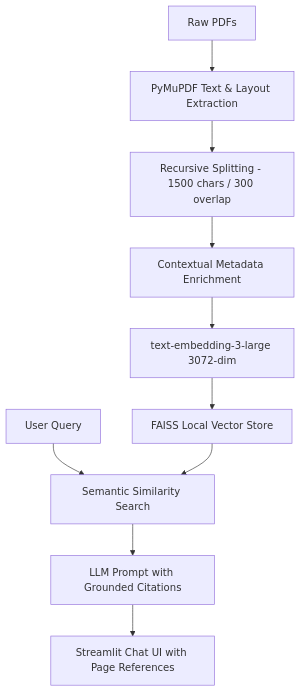
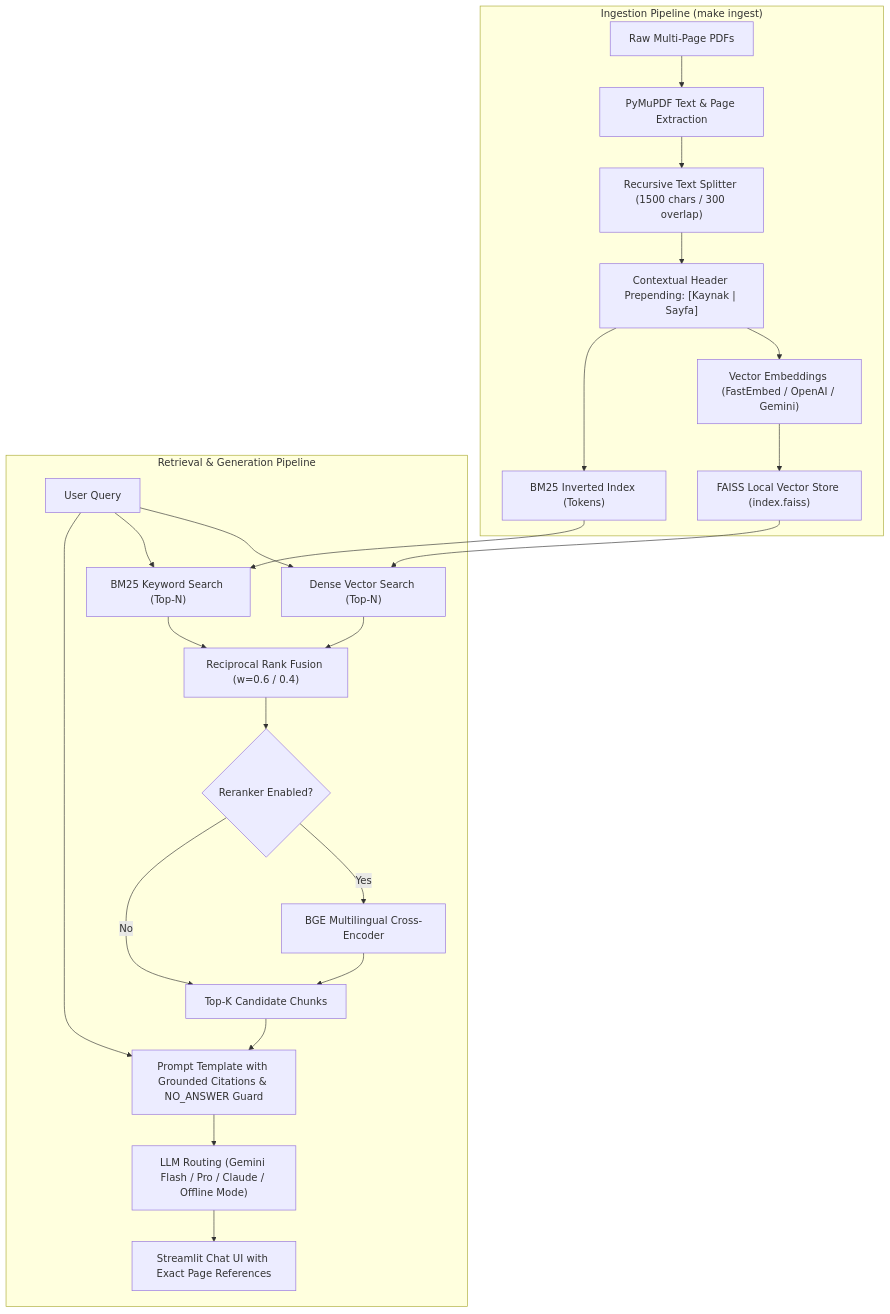
One commit to mmkaya-ui/kulliyatai changed the diagram in README.md. Above: the diagram before and after it, drawn with Mermaid. The commit also changed other lines of this file and 8 other files, not shown here.

First line of the commit message:
feat(ci): add pytest test suite, github actions workflow, and architectural docs

````diff
--- a/README.md
+++ b/README.md
@@ -19,12 +20,28 @@
 ```mermaid
 flowchart TD
-    A[Raw PDFs] --> B[PyMuPDF Text & Layout Extraction]
-    B --> C[Recursive Splitting - 1500 chars / 300 overlap]
-    C --> D[Contextual Metadata Enrichment]
-    D --> E[text-embedding-3-large 3072-dim]
-    E --> F[FAISS Local Vector Store]
-    G[User Query] --> H[Semantic Similarity Search]
-    F --> H
-    H --> I[LLM Prompt with Grounded Citations]
-    I --> J[Streamlit Chat UI with Page References]
+    subgraph Ingestion["Ingestion Pipeline (make ingest)"]
+        A[Raw Multi-Page PDFs] --> B[PyMuPDF Text & Page Extraction]
+        B --> C["Recursive Text Splitter (1500 chars / 300 overlap)"]
+        C --> D["Contextual Header Prepending: [Kaynak | Sayfa]"]
+        D --> E["Vector Embeddings (FastEmbed / OpenAI / Gemini)"]
+        E --> F["FAISS Local Vector Store (index.faiss)"]
+        D --> G["BM25 Inverted Index (Tokens)"]
+    end
+
+    subgraph QueryPipeline["Retrieval & Generation Pipeline"]
+        Q[User Query] --> H["Dense Vector Search (Top-N)"]
+        Q --> I["BM25 Keyword Search (Top-N)"]
+        F --> H
+        G --> I
+        H --> J["Reciprocal Rank Fusion (w=0.6 / 0.4)"]
+        I --> J
+        J --> K{"Reranker Enabled?"}
+        K -- Yes --> L["BGE Multilingual Cross-Encoder"]
+        K -- No --> M["Top-K Candidate Chunks"]
+        L --> M
+        M --> N["Prompt Template with Grounded Citations & NO_ANSWER Guard"]
+        Q --> N
+        N --> O["LLM Routing (Gemini Flash / Pro / Claude / Offline Mode)"]
+        O --> P["Streamlit Chat UI with Exact Page References"]
+    end
 ```
````
